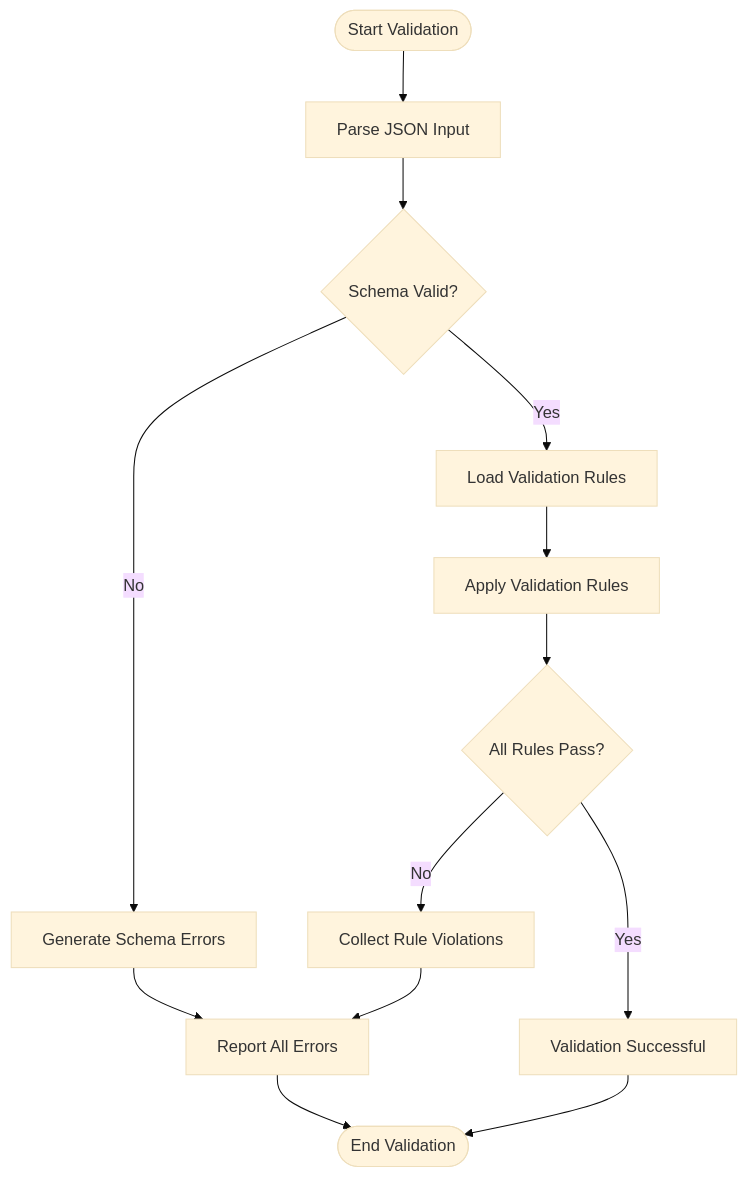
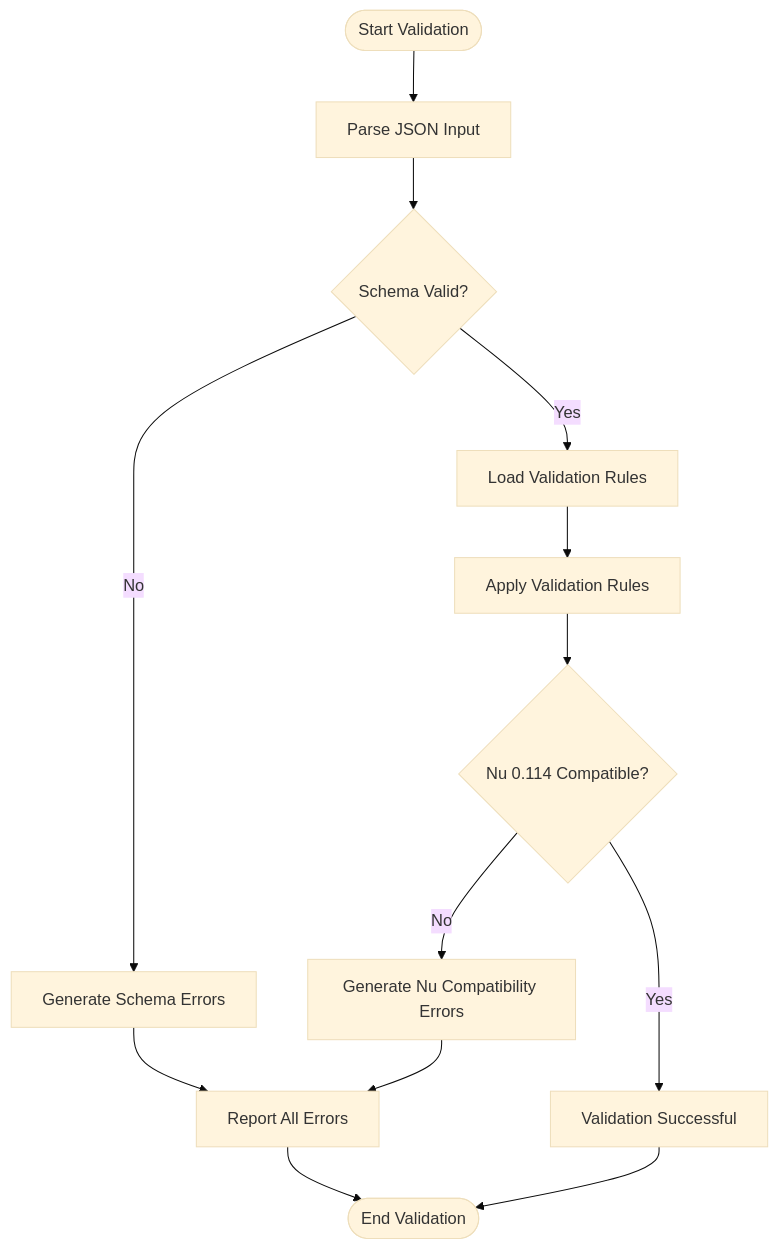
The third of 4 diagrams in .qoder/repowiki/en/content/Core Components/Manifest Validator.md (numan-cli/numan-plugins), drawn with Mermaid (base theme) before and after one commit. The commit also changed other lines of this file and 18 other files, not shown here.

````diff
--- a/.qoder/repowiki/en/content/Core Components/Manifest Validator.md
+++ b/.qoder/repowiki/en/content/Core Components/Manifest Validator.md
@@ -129,15 +145,15 @@
 ```mermaid
 flowchart TD
 Start([Start Validation]) --> Parse["Parse JSON Input"]
 Parse --> SchemaCheck{"Schema Valid?"}
 SchemaCheck --> |No| SchemaError["Generate Schema Errors"]
 SchemaCheck --> |Yes| RuleLoad["Load Validation Rules"]
 RuleLoad --> RuleApply["Apply Validation Rules"]
-RuleApply --> RuleResults{"All Rules Pass?"}
-RuleResults --> |No| RuleErrors["Collect Rule Violations"]
-RuleResults --> |Yes| Success["Validation Successful"]
+RuleApply --> NuCheck{"Nu 0.114 Compatible?"}
+NuCheck --> |No| NuErrors["Generate Nu Compatibility Errors"]
+NuCheck --> |Yes| Success["Validation Successful"]
 SchemaError --> Report["Report All Errors"]
-RuleErrors --> Report
-Report --> End([End Validation])
-Success --> End
+NuErrors --> Report
+Success --> End([End Validation])
+Report --> End
 ```
````
